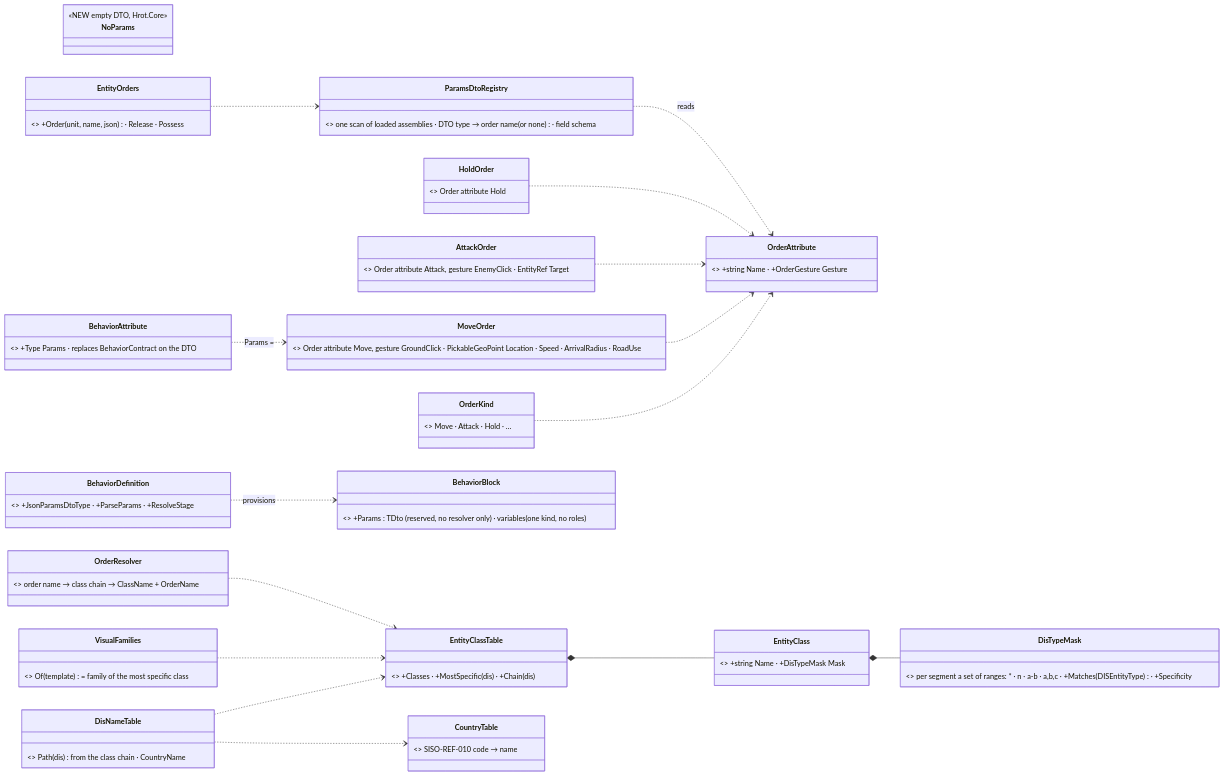
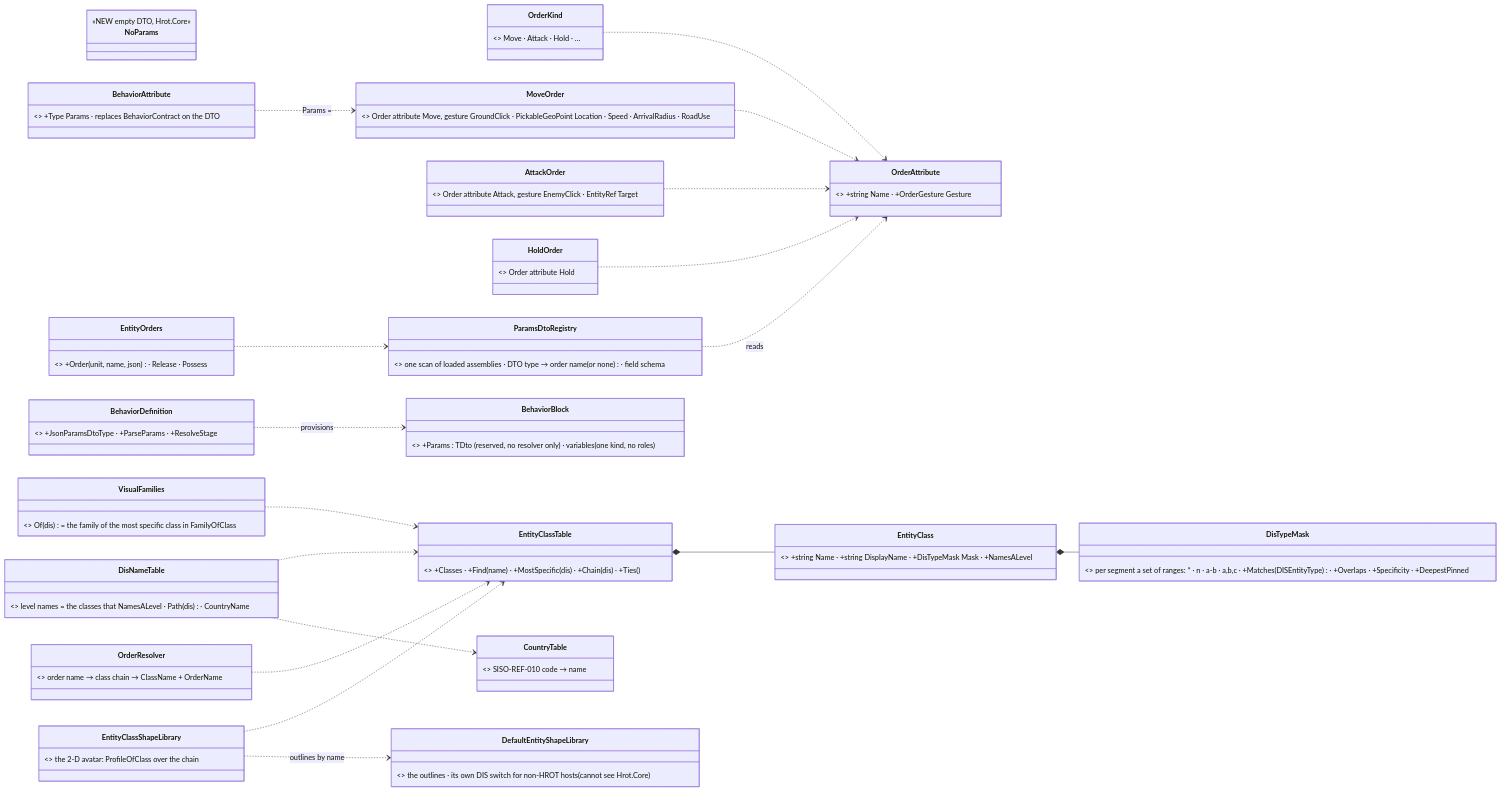
The first of 5 diagrams in docs/DESIGN_Orders_Params_Entity_Classes.md (pjanec/HROT), drawn with Mermaid before and after one commit. The commit also changed other lines of this file and 15 other files, not shown here.

````diff
--- a/docs/DESIGN_Orders_Params_Entity_Classes.md
+++ b/docs/DESIGN_Orders_Params_Entity_Classes.md
@@ -63,36 +63,40 @@
 ```mermaid
 classDiagram
   direction LR
   class OrderAttribute { <<NEW, Hrot.Core>> +string Name · +OrderGesture Gesture }
   class OrderKind { <<NEW enum, Hrot.AI.Behaviors>> Move · Attack · Hold · … }
   class MoveOrder { <<NEW DTO, Hrot.AI.Behaviors>> Order attribute Move, gesture GroundClick · PickableGeoPoint Location · Speed · ArrivalRadius · RoadUse }
   class AttackOrder { <<NEW DTO>> Order attribute Attack, gesture EnemyClick · EntityRef Target }
   class HoldOrder { <<NEW empty DTO>> Order attribute Hold }
   class NoParams { <<NEW empty DTO, Hrot.Core>> }
   class BehaviorAttribute { <<NEW, Hrot.Core>> +Type Params · replaces BehaviorContract on the DTO }
   class ParamsDtoRegistry { <<NEW, Hrot.Core>> one scan of loaded assemblies · DTO type → order name (or none) · field schema }
   class BehaviorDefinition { <<existing, Fdp.Toolkits>> +JsonParamsDtoType · +ParseParams · +ResolveStage }
   class BehaviorBlock { <<existing block, AQ76 B>> +Params : TDto (reserved, no resolver only) · variables (one kind, no roles) }
-  class DisTypeMask { <<NEW, Fdp.Core>> per segment a set of ranges: * · n · a-b · a,b,c · +Matches(DISEntityType) · +Specificity }
-  class EntityClassTable { <<NEW, Hrot.Core, hard-coded>> +Classes · +MostSpecific(dis) · +Chain(dis) }
-  class EntityClass { <<NEW>> +string Name · +DisTypeMask Mask }
-  class CountryTable { <<NEW, Hrot.Core, hard-coded>> SISO-REF-010 code → name }
-  class DisNameTable { <<existing API, rebuilt>> Path(dis) from the class chain · CountryName }
-  class VisualFamilies { <<existing, Hrot.Presentation>> Of(template) = family of the most specific class }
+  class DisTypeMask { <<BUILT CE-2137, Fdp.Core>> per segment a set of ranges: * · n · a-b · a,b,c · +Matches(DISEntityType) · +Overlaps · +Specificity · +DeepestPinned }
+  class EntityClassTable { <<BUILT CE-2138, Hrot.Core, hard-coded>> +Classes · +Find(name) · +MostSpecific(dis) · +Chain(dis) · +Ties() }
+  class EntityClass { <<BUILT CE-2138>> +string Name · +string DisplayName · +DisTypeMask Mask · +NamesALevel }
+  class CountryTable { <<BUILT CE-2138, Hrot.Core, hard-coded>> SISO-REF-010 code → name }
+  class DisNameTable { <<existing API, rebuilt CE-2138>> level names = the classes that NamesALevel · Path(dis) · CountryName }
+  class VisualFamilies { <<existing, rebuilt CE-2138, Hrot.Presentation>> Of(dis) = the family of the most specific class in FamilyOfClass }
+  class EntityClassShapeLibrary { <<BUILT CE-2138, Hrot.Presentation>> the 2-D avatar: ProfileOfClass over the chain }
+  class DefaultEntityShapeLibrary { <<existing, GizmoMap ext dep>> the outlines · its own DIS switch for non-HROT hosts (cannot see Hrot.Core) }
   class OrderResolver { <<NEW, inside TacticalIntentResolutionSystem>> order name → class chain → ClassName + OrderName }
   class EntityOrders { <<existing, made generic>> +Order(unit, name, json) · Release · Possess }
   OrderKind ..> OrderAttribute
   MoveOrder ..> OrderAttribute
   AttackOrder ..> OrderAttribute
   HoldOrder ..> OrderAttribute
   BehaviorAttribute ..> MoveOrder : Params =
   ParamsDtoRegistry ..> OrderAttribute : reads
   BehaviorDefinition ..> BehaviorBlock : provisions
   EntityClassTable *-- EntityClass
   EntityClass *-- DisTypeMask
   DisNameTable ..> EntityClassTable
   DisNameTable ..> CountryTable
   VisualFamilies ..> EntityClassTable
+  EntityClassShapeLibrary ..> EntityClassTable
+  EntityClassShapeLibrary ..> DefaultEntityShapeLibrary : outlines by name
   OrderResolver ..> EntityClassTable
   EntityOrders ..> ParamsDtoRegistry
 ```
````
